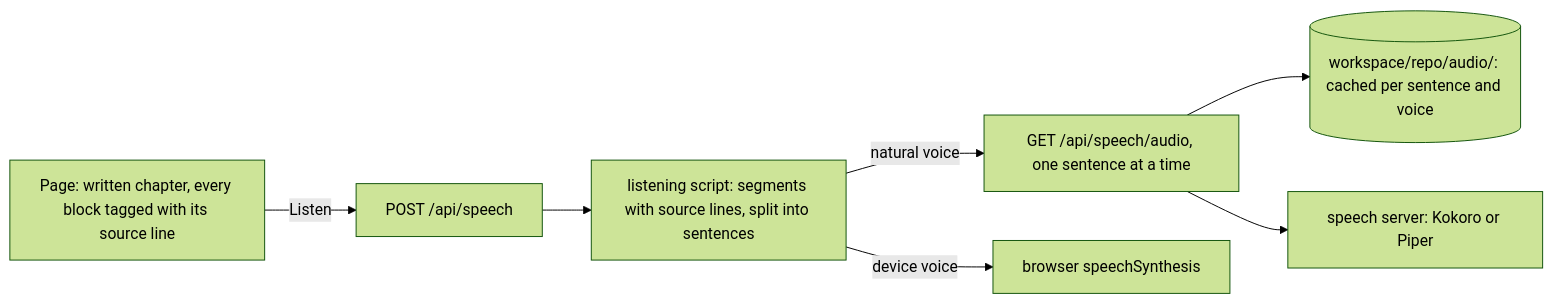
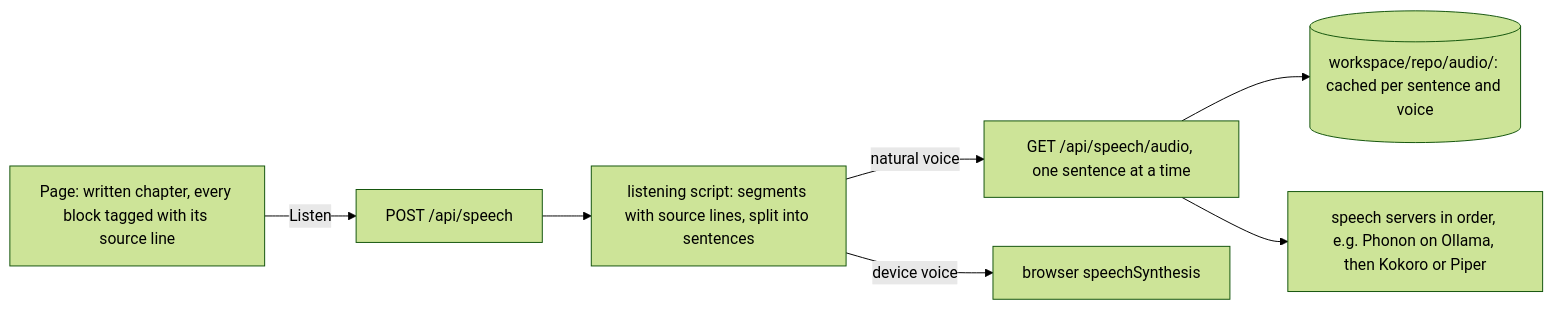
Before and after one commit to samarthpusalkar/CodeVigrah: the diagram in docs/speech.md, drawn with Mermaid (forest theme). The commit also changed other lines of this file and 2 other files, not shown here.

First line of the commit message:
Docs: speech servers in order, and the speech models' licenses

````diff
--- a/docs/speech.md
+++ b/docs/speech.md
@@ -14,9 +15,9 @@
 ```mermaid
 flowchart LR
   P["Page: written chapter, every block tagged with its source line"] -->|"Listen"| A["POST /api/speech"]
   A --> S["listening script: segments with source lines, split into sentences"]
   S -->|"natural voice"| V["GET /api/speech/audio, one sentence at a time"]
   V --> C[("workspace/repo/audio/: cached per sentence and voice")]
-  V --> T["speech server: Kokoro or Piper"]
+  V --> T["speech servers in order, e.g. Phonon on Ollama, then Kokoro or Piper"]
   S -->|"device voice"| B["browser speechSynthesis"]
 ```
````
